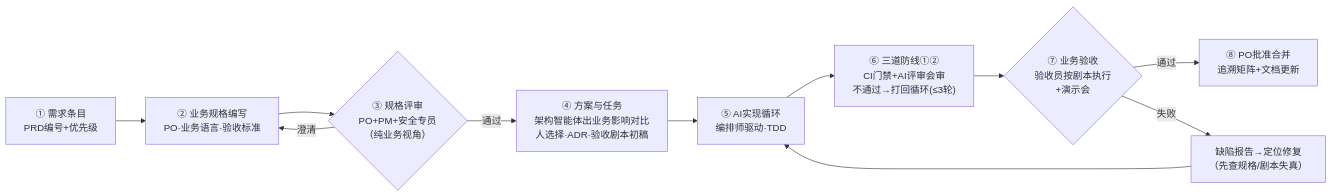
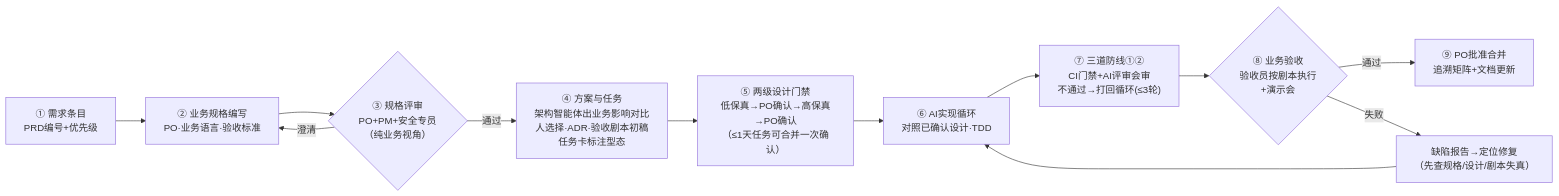
Before and after one commit to chenbiaoMelody/Ctds-2.0: the diagram in docs/03-C-TDS项目研发章程与开发规范.md, drawn with Mermaid. The commit also changed other lines of this file and 7 other files, not shown here.

First line of the commit message:
docs(charter): 章程V2.4 两级设计门禁——编码前低保真/高保真设计经PO确认（用户指示）

````diff
--- a/docs/03-C-TDS项目研发章程与开发规范.md
+++ b/docs/03-C-TDS项目研发章程与开发规范.md
@@ -139,13 +141,14 @@
 ```mermaid
 flowchart LR
     A["① 需求条目<br/>PRD编号+优先级"] --> B["② 业务规格编写<br/>PO·业务语言·验收标准"]
     B --> C{"③ 规格评审<br/>PO+PM+安全专员<br/>（纯业务视角）"}
-    C -->|通过| D["④ 方案与任务<br/>架构智能体出业务影响对比<br/>人选择·ADR·验收剧本初稿"]
-    D --> E["⑤ AI实现循环<br/>编排师驱动·TDD"]
-    E --> F["⑥ 三道防线①②<br/>CI门禁+AI评审会审<br/>不通过→打回循环(≤3轮)"]
-    F --> G{"⑦ 业务验收<br/>验收员按剧本执行<br/>+演示会"}
-    G -->|通过| H["⑧ PO批准合并<br/>追溯矩阵+文档更新"]
+    C -->|通过| D["④ 方案与任务<br/>架构智能体出业务影响对比<br/>人选择·ADR·验收剧本初稿<br/>任务卡标注型态"]
+    D --> E["⑤ 两级设计门禁<br/>低保真→PO确认→高保真→PO确认<br/>（≤1天任务可合并一次确认）"]
+    E --> F["⑥ AI实现循环<br/>对照已确认设计·TDD"]
+    F --> G["⑦ 三道防线①②<br/>CI门禁+AI评审会审<br/>不通过→打回循环(≤3轮)"]
+    G --> H{"⑧ 业务验收<br/>验收员按剧本执行<br/>+演示会"}
+    H -->|通过| I["⑨ PO批准合并<br/>追溯矩阵+文档更新"]
     C -->|澄清| B
-    G -->|失败| I["缺陷报告→定位修复<br/>（先查规格/剧本失真）"]
-    I --> E
+    H -->|失败| J["缺陷报告→定位修复<br/>（先查规格/设计/剧本失真）"]
+    J --> F
 ```
````
